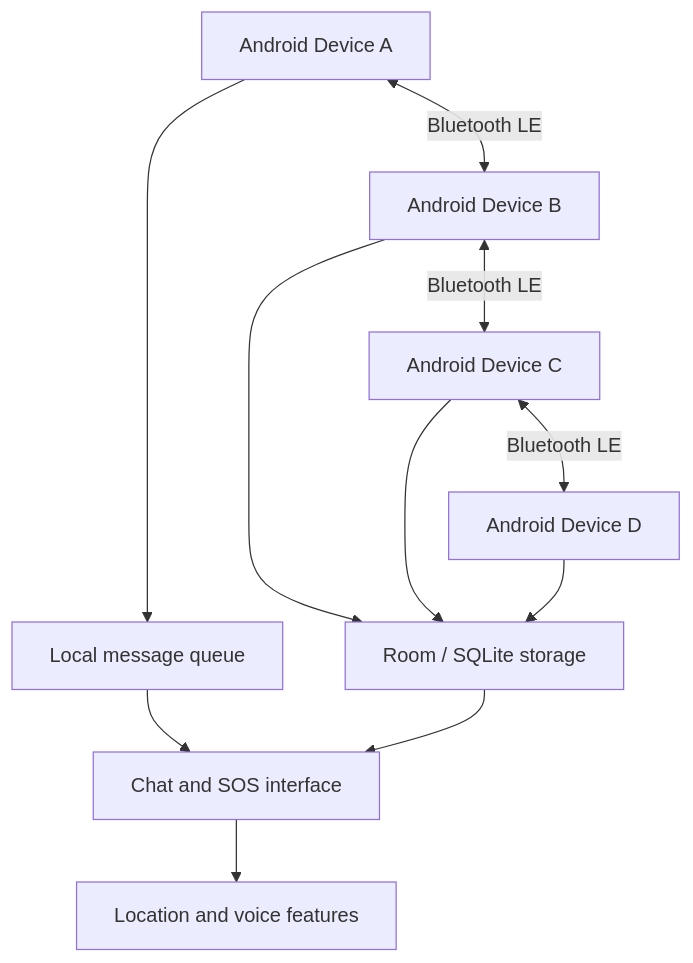
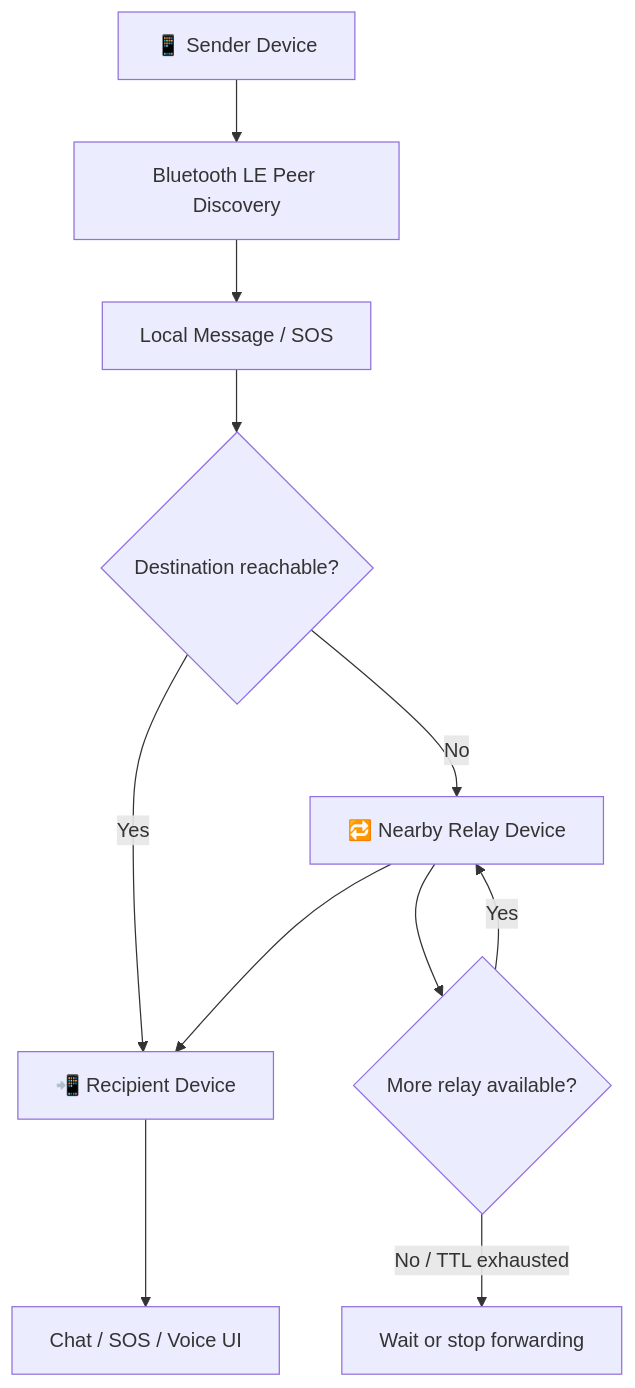
Before and after one commit to KUMARI-SONALIUPADHYAY/MeshLink: the diagram in README.md, drawn with Mermaid. The commit also changed other lines of this file, not shown here.

````diff
--- a/README.md
+++ b/README.md
@@ -53,15 +60,13 @@
 ```mermaid
 flowchart TD
-    A[Android Device A] <--> |Bluetooth LE| B[Android Device B]
-    B <--> |Bluetooth LE| C[Android Device C]
-    C <--> |Bluetooth LE| D[Android Device D]
-
-    A --> E[Local message queue]
-    B --> F[Room / SQLite storage]
-    C --> F
-    D --> F
-
-    E --> G[Chat and SOS interface]
-    F --> G
-    G --> H[Location and voice features]
+    A["📱 Sender Device"] --> B["Bluetooth LE Peer Discovery"]
+    B --> C["Local Message / SOS"]
+    C --> D{"Destination reachable?"}
+    D -- "Yes" --> G["📲 Recipient Device"]
+    D -- "No" --> E["🔁 Nearby Relay Device"]
+    E --> F{"More relay available?"}
+    F -- "Yes" --> E
+    F -- "No / TTL exhausted" --> H["Wait or stop forwarding"]
+    E --> G
+    G --> I["Chat / SOS / Voice UI"]
 ```
````
